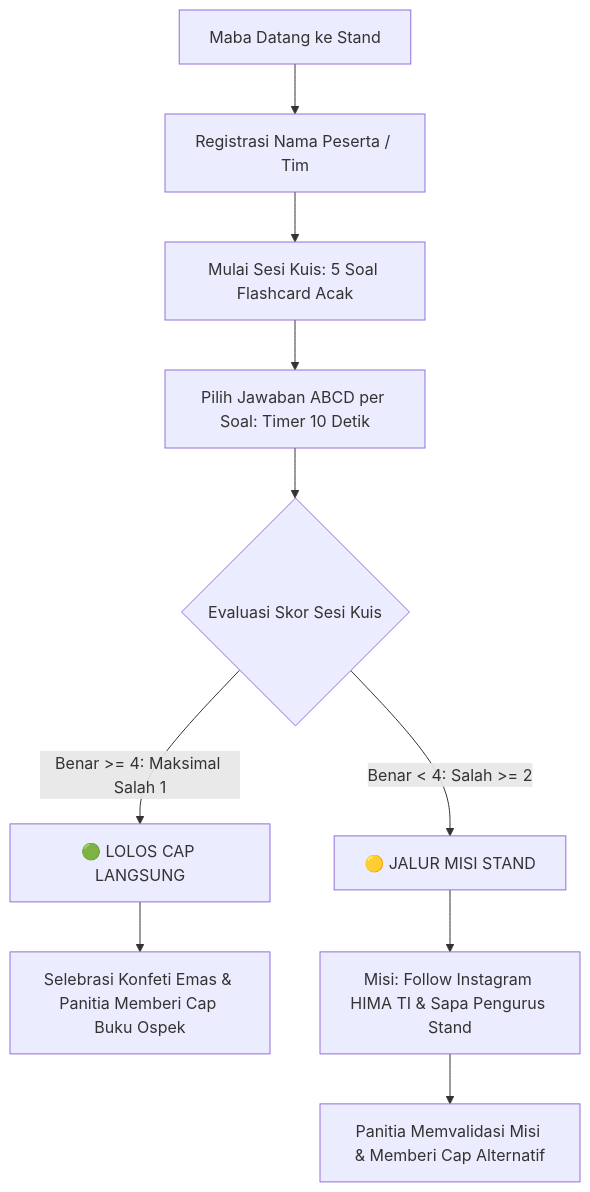
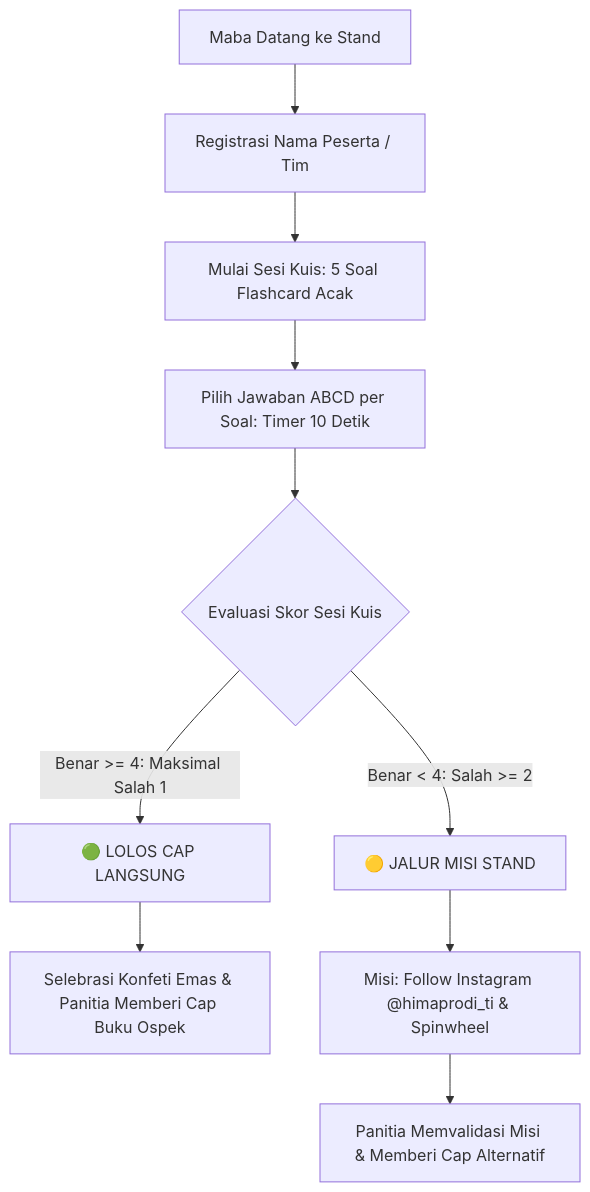
Before and after one commit to kusjay-space/hima-ti-minigames-ultimate: the diagram in README.md, drawn with Mermaid. The commit also changed other lines of this file and 7 other files, not shown here.

````diff
--- a/README.md
+++ b/README.md
@@ -37,12 +37,12 @@
 ```mermaid
 flowchart TD
     A[Maba Datang ke Stand] --> B[Registrasi Nama Peserta / Tim]
     B --> C[Mulai Sesi Kuis: 5 Soal Flashcard Acak]
     C --> D[Pilih Jawaban ABCD per Soal: Timer 10 Detik]
     D --> E{Evaluasi Skor Sesi Kuis}
     E -->|Benar >= 4: Maksimal Salah 1| F[🟢 LOLOS CAP LANGSUNG]
     F --> G[Selebrasi Konfeti Emas & Panitia Memberi Cap Buku Ospek]
     E -->|Benar < 4: Salah >= 2| H[🟡 JALUR MISI STAND]
-    H --> I[Misi: Follow Instagram HIMA TI & Sapa Pengurus Stand]
+    H --> I[Misi: Follow Instagram @himaprodi_ti & Spinwheel]
     I --> J[Panitia Memvalidasi Misi & Memberi Cap Alternatif]
 ```
````
